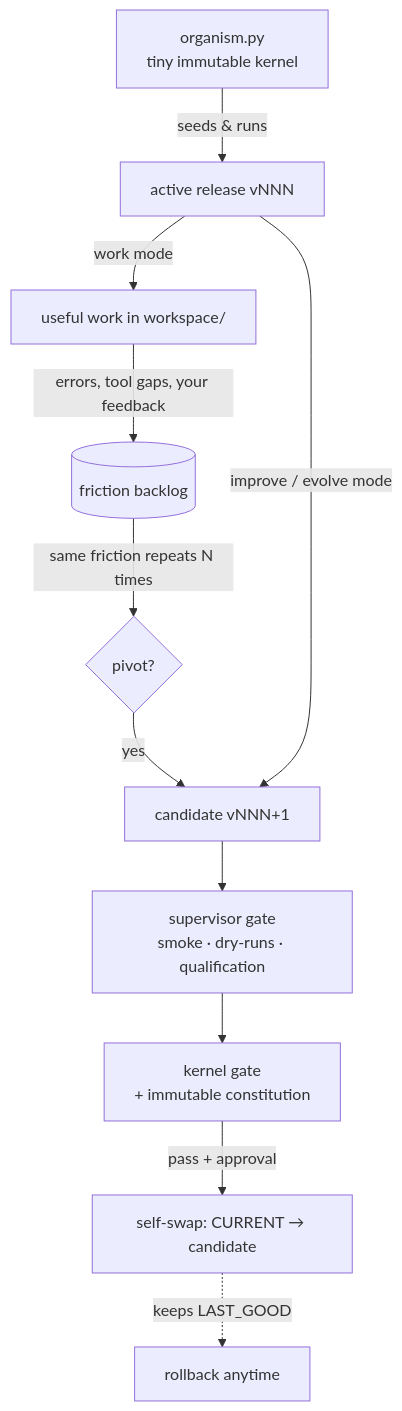
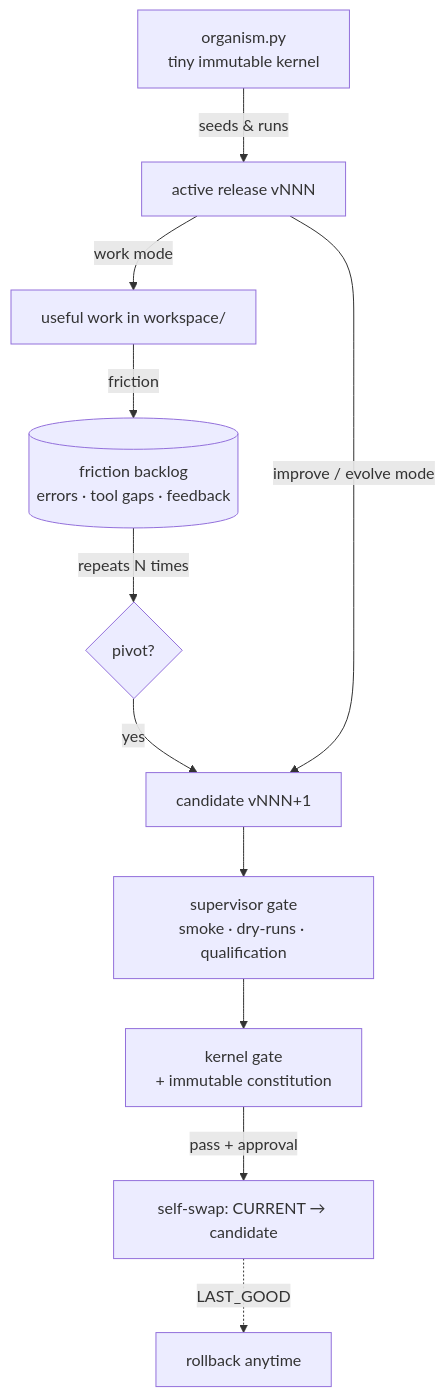
Before and after one commit to arturkorb3/eva-evolutional-agent: the diagram in README.md, drawn with Mermaid.

Commit message:
docs: shorten mermaid edge labels so the diagram is fully readable

````diff
--- a/README.md
+++ b/README.md
@@ -76,13 +76,13 @@
 ```mermaid
 flowchart TD
     K["organism.py<br/>tiny immutable kernel"] -->|seeds & runs| R["active release vNNN"]
     R -->|work mode| W["useful work in workspace/"]
-    W -->|errors, tool gaps, your feedback| B[("friction backlog")]
-    B -->|same friction repeats N times| P{"pivot?"}
+    W -->|friction| B[("friction backlog<br/>errors · tool gaps · feedback")]
+    B -->|repeats N times| P{"pivot?"}
     P -->|yes| C["candidate vNNN+1"]
     R -->|improve / evolve mode| C
     C --> SG["supervisor gate<br/>smoke · dry-runs · qualification"]
     SG --> KG["kernel gate<br/>+ immutable constitution"]
     KG -->|pass + approval| SW["self-swap: CURRENT → candidate"]
-    SW -.->|keeps LAST_GOOD| RB["rollback anytime"]
+    SW -.->|LAST_GOOD| RB["rollback anytime"]
 ```
````
